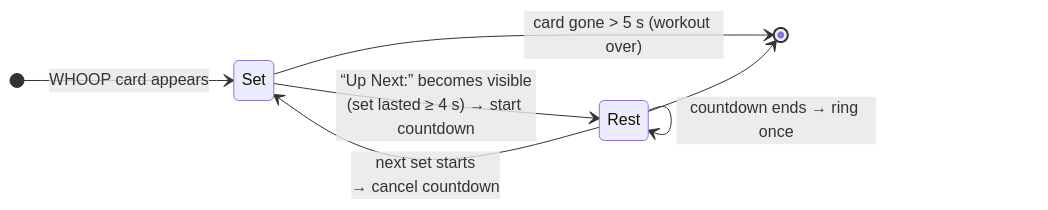
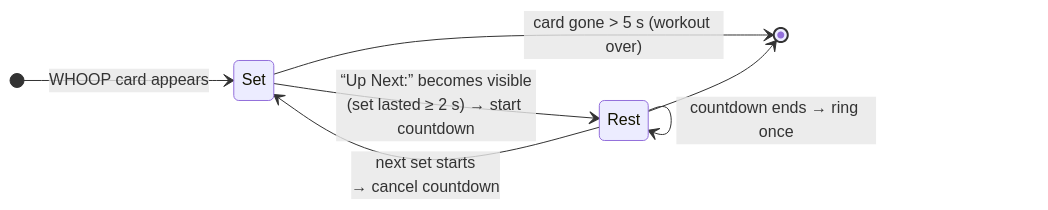
The diagram in README.md (Goudurixx/wellrest), drawn with Mermaid before and after one commit. The commit also changed 2 other files, not shown here.

Commit message:
1.5.2: accept sets of 2 s or more
Short sets (and quick tests) under 4 s were ignored by the workout-start guard.

Claude-Session: https://claude.ai/code/session_019tDRtBvVhuvq2u5Eap2WdR

````diff
--- a/README.md
+++ b/README.md
@@ -42,10 +42,10 @@
 ```mermaid
 stateDiagram-v2
     direction LR
     [*] --> Set: WHOOP card appears
-    Set --> Rest: “Up Next:” becomes visible<br/>(set lasted ≥ 4 s) → start countdown
+    Set --> Rest: “Up Next:” becomes visible<br/>(set lasted ≥ 2 s) → start countdown
     Rest --> Set: next set starts<br/>→ cancel countdown
     Rest --> Rest: countdown ends → ring once
     Set --> [*]: card gone > 5 s (workout over)
     Rest --> [*]
 ```
````
